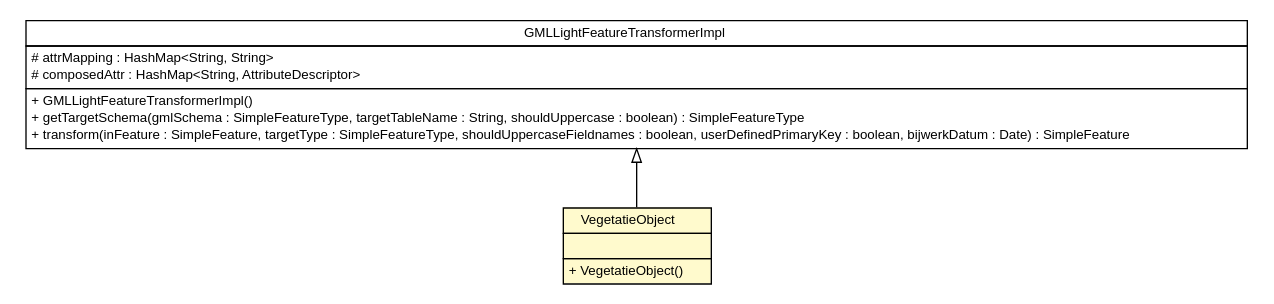
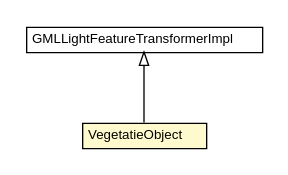
The diagram in bgt-gml-loader/apidocs/nl/b3p/brmo/loader/gml/light/VegetatieObject.dot (B3Partners/brmo), drawn with Graphviz before and after one commit. The commit also changed 363 other files, not shown here.

```diff
--- a/bgt-gml-loader/apidocs/nl/b3p/brmo/loader/gml/light/VegetatieObject.dot
+++ b/bgt-gml-loader/apidocs/nl/b3p/brmo/loader/gml/light/VegetatieObject.dot
@@ -1,41 +1,26 @@
 #!/usr/local/bin/dot
 #
 # Class diagram 
 # Generated by UMLGraph version R5_6-24-gf6e263 (http://www.umlgraph.org/)
 #
 
 digraph G {
 	edge [fontname="Helvetica",fontsize=10,labelfontname="Helvetica",labelfontsize=10];
 	node [fontname="Helvetica",fontsize=10,shape=plaintext];
 	nodesep=0.25;
 	ranksep=0.5;
 	// nl.b3p.brmo.loader.gml.light.VegetatieObject
-	c1479 [label=<<table title="nl.b3p.brmo.loader.gml.light.VegetatieObject" border="0" cellborder="1" cellspacing="0" cellpadding="2" port="p" bgcolor="lemonChiffon" href="./VegetatieObject.html">
+	c1461 [label=<<table title="nl.b3p.brmo.loader.gml.light.VegetatieObject" border="0" cellborder="1" cellspacing="0" cellpadding="2" port="p" bgcolor="lemonChiffon" href="./VegetatieObject.html">
 		<tr><td><table border="0" cellspacing="0" cellpadding="1">
 <tr><td align="center" balign="center"> VegetatieObject </td></tr>
 		</table></td></tr>
-		<tr><td><table border="0" cellspacing="0" cellpadding="1">
-<tr><td align="left" balign="left">  </td></tr>
-		</table></td></tr>
-		<tr><td><table border="0" cellspacing="0" cellpadding="1">
-<tr><td align="left" balign="left"> + VegetatieObject() </td></tr>
-		</table></td></tr>
 		</table>>, URL="./VegetatieObject.html", fontname="Helvetica", fontcolor="black", fontsize=10.0];
 	// nl.b3p.brmo.loader.gml.light.GMLLightFeatureTransformerImpl
-	c1499 [label=<<table title="nl.b3p.brmo.loader.gml.light.GMLLightFeatureTransformerImpl" border="0" cellborder="1" cellspacing="0" cellpadding="2" port="p" href="./GMLLightFeatureTransformerImpl.html">
+	c1481 [label=<<table title="nl.b3p.brmo.loader.gml.light.GMLLightFeatureTransformerImpl" border="0" cellborder="1" cellspacing="0" cellpadding="2" port="p" href="./GMLLightFeatureTransformerImpl.html">
 		<tr><td><table border="0" cellspacing="0" cellpadding="1">
 <tr><td align="center" balign="center"> GMLLightFeatureTransformerImpl </td></tr>
 		</table></td></tr>
-		<tr><td><table border="0" cellspacing="0" cellpadding="1">
-<tr><td align="left" balign="left"> # attrMapping : HashMap&lt;String, String&gt; </td></tr>
-<tr><td align="left" balign="left"> # composedAttr : HashMap&lt;String, AttributeDescriptor&gt; </td></tr>
-		</table></td></tr>
-		<tr><td><table border="0" cellspacing="0" cellpadding="1">
-<tr><td align="left" balign="left"> + GMLLightFeatureTransformerImpl() </td></tr>
-<tr><td align="left" balign="left"> + getTargetSchema(gmlSchema : SimpleFeatureType, targetTableName : String, shouldUppercase : boolean) : SimpleFeatureType </td></tr>
-<tr><td align="left" balign="left"> + transform(inFeature : SimpleFeature, targetType : SimpleFeatureType, shouldUppercaseFieldnames : boolean, userDefinedPrimaryKey : boolean, bijwerkDatum : Date) : SimpleFeature </td></tr>
-		</table></td></tr>
 		</table>>, URL="./GMLLightFeatureTransformerImpl.html", fontname="Helvetica", fontcolor="black", fontsize=10.0];
 	//nl.b3p.brmo.loader.gml.light.VegetatieObject extends nl.b3p.brmo.loader.gml.light.GMLLightFeatureTransformerImpl
-	c1499:p -> c1479:p [dir=back,arrowtail=empty];
+	c1481:p -> c1461:p [dir=back,arrowtail=empty];
 }
```
